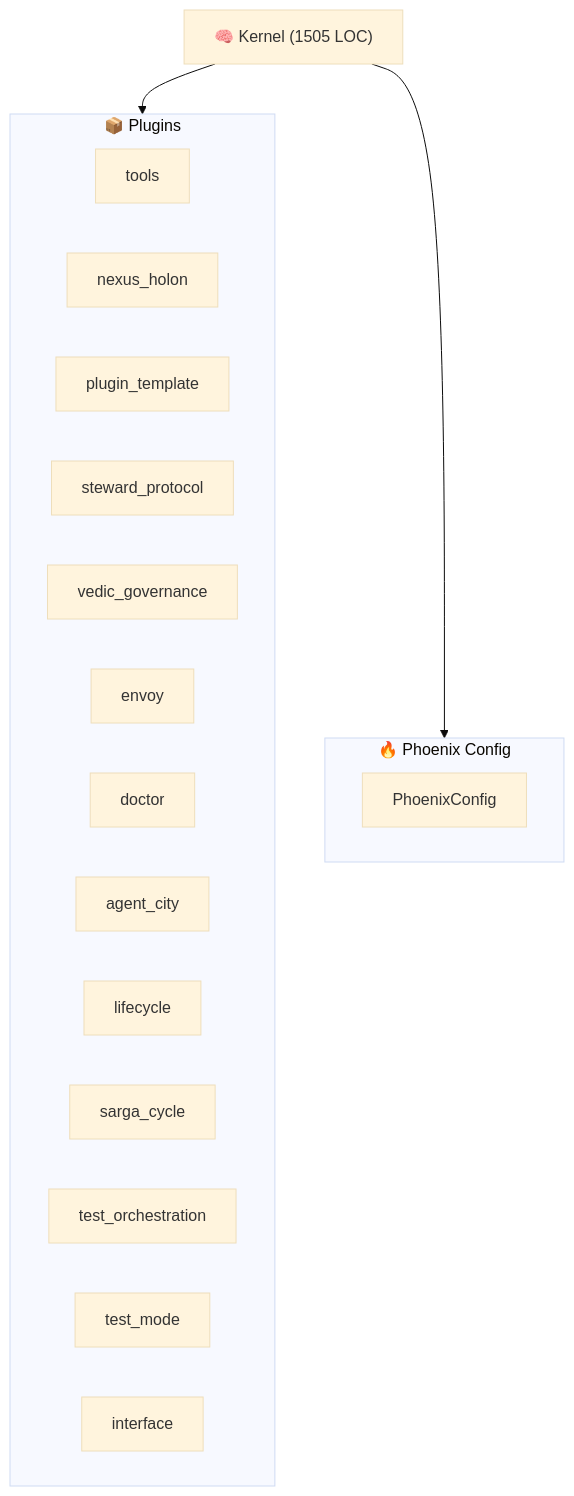
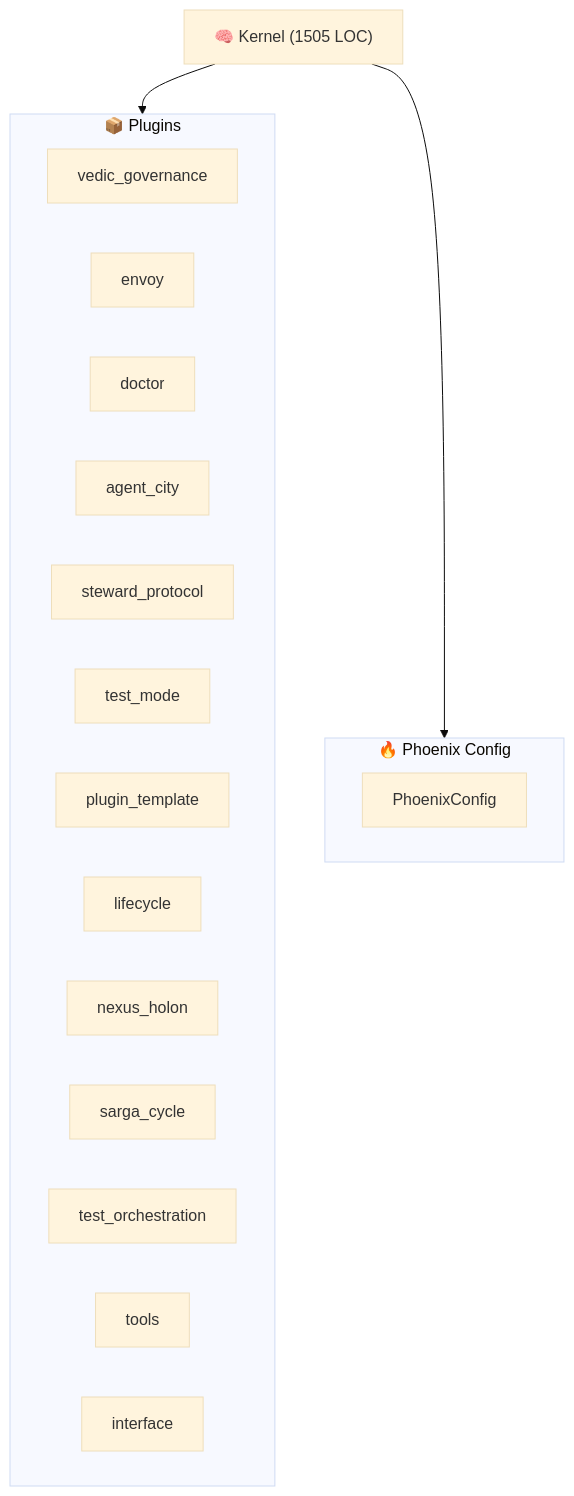
The diagram in ARCHITECTURE.md (kimeisele/steward-protocol), drawn with Mermaid (base theme) before and after one commit. The commit also changed other lines of this file and 15 other files, not shown here.

````diff
--- a/ARCHITECTURE.md
+++ b/ARCHITECTURE.md
@@ -8,24 +8,24 @@
 ```mermaid
 graph TB
     K["🧠 Kernel (1505 LOC)"]
     subgraph Plugins["📦 Plugins"]
-        P_tools["tools"]
-        P_nexus_holon["nexus_holon"]
-        P_plugin_template["plugin_template"]
-        P_steward_protocol["steward_protocol"]
         P_vedic_governance["vedic_governance"]
         P_envoy["envoy"]
         P_doctor["doctor"]
         P_agent_city["agent_city"]
+        P_steward_protocol["steward_protocol"]
+        P_test_mode["test_mode"]
+        P_plugin_template["plugin_template"]
         P_lifecycle["lifecycle"]
+        P_nexus_holon["nexus_holon"]
         P_sarga_cycle["sarga_cycle"]
         P_test_orchestration["test_orchestration"]
-        P_test_mode["test_mode"]
+        P_tools["tools"]
         P_interface["interface"]
     end
     K --> Plugins
     subgraph Config["🔥 Phoenix Config"]
         PC[PhoenixConfig]
     end
     K --> Config
 ```
````
